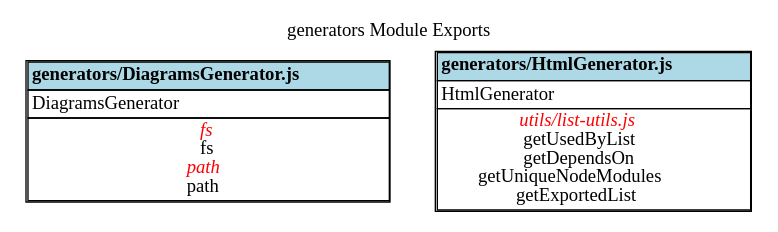
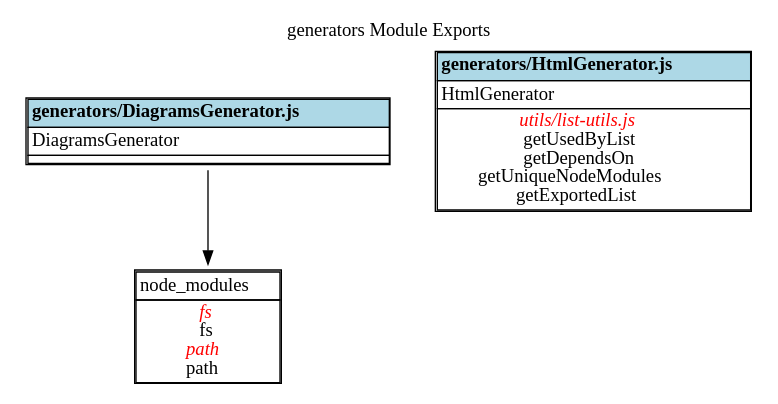
One commit to fleebe/dep-graph changed the diagram in docs/generators/ExportGraph.dot. Above: the diagram before and after it, drawn with Graphviz. The commit also changed 21 other files, not shown here.

Commit message:
IMplemented node_moduels in Modeul Export and made sure the code completes the generation of SVG files before it tries to create diagrams.html

```diff
--- a/docs/generators/ExportGraph.dot
+++ b/docs/generators/ExportGraph.dot
@@ -1,30 +1,34 @@
 digraph {label="generators Module Exports";
 labelloc="t";
-"generators/DiagramsGenerator.js" [shape=none, label=<<TABLE cellspacing="0" cellborder="1">
+"generators/DiagramsGenerator.js" [shape = none, label =<<TABLE cellspacing="0" cellborder="1" align="left">
 <TR><TD bgcolor="lightblue" align="center"><B>generators/DiagramsGenerator.js</B></TD></TR>
 <TR><TD align="left">
 DiagramsGenerator<BR/>
 </TD></TR>
+<TR><TD align="center">
+</TD></TR>
+</TABLE>>];
+"generators/DiagramsGenerator.js-node_modules" [shape = none, label =<<TABLE cellspacing="0" cellborder="1" align="left">
+<TR><TD>node_modules</TD></TR>
 <TR><TD align="center">
 <font color="red"><I>fs</I></font><BR/>
 fs<BR/>
 <font color="red"><I>path</I></font><BR/>
 path<BR/>
 </TD></TR>
 </TABLE>>];
-
-"generators/HtmlGenerator.js" [shape=none, label=<<TABLE cellspacing="0" cellborder="1">
+"generators/DiagramsGenerator.js"->"generators/DiagramsGenerator.js-node_modules"
+"generators/HtmlGenerator.js" [shape = none, label =<<TABLE cellspacing="0" cellborder="1" align="left">
 <TR><TD bgcolor="lightblue" align="center"><B>generators/HtmlGenerator.js</B></TD></TR>
 <TR><TD align="left">
 HtmlGenerator<BR/>
 </TD></TR>
 <TR><TD align="center">
 <font color="red"><I>utils/list-utils.js</I></font><BR/>
 getUsedByList<BR/>
 getDependsOn<BR/>
 getUniqueNodeModules<BR/>
 getExportedList<BR/>
 </TD></TR>
 </TABLE>>];
-
 }
```
